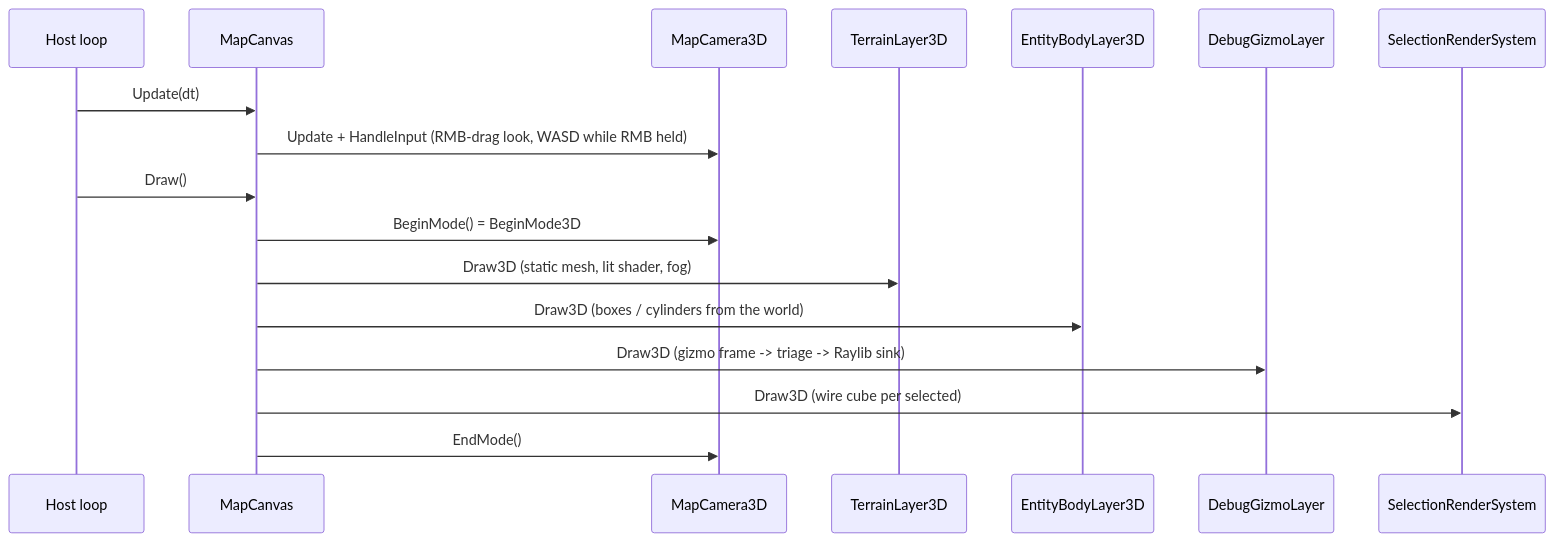
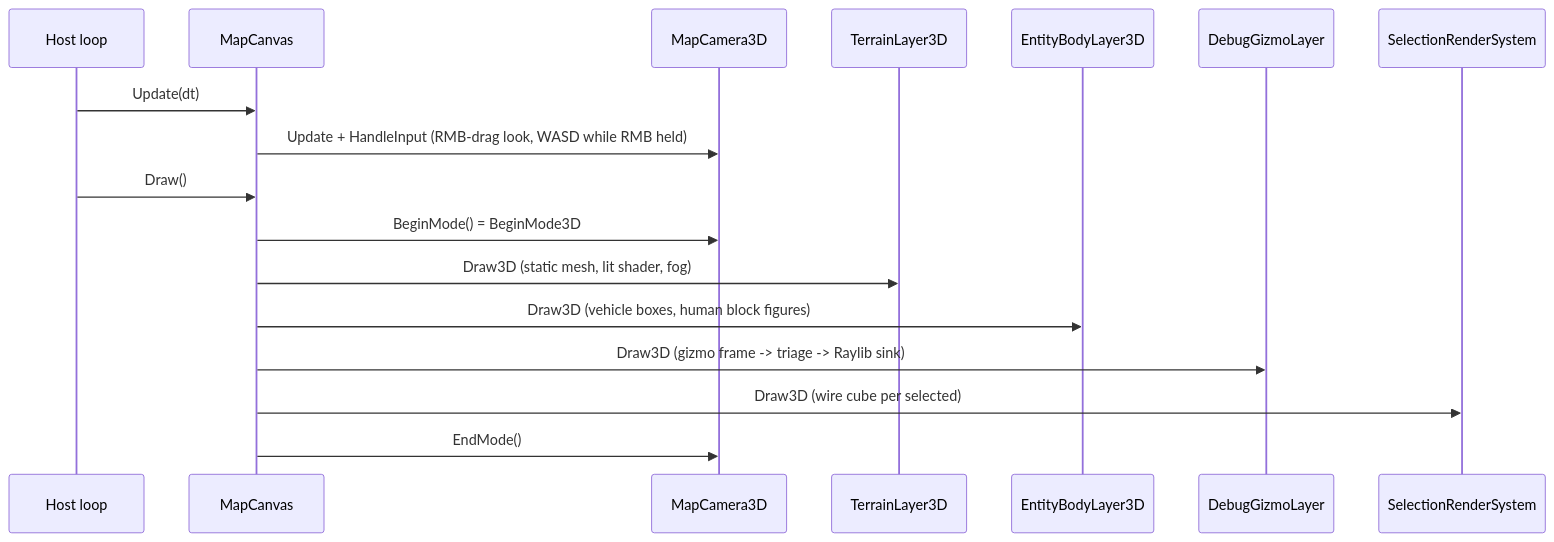
The third of 5 diagrams in docs/DESIGN_Map_3D_Mode.md (pjanec/HROT), drawn with Mermaid before and after one commit. The commit also changed other lines of this file and 1 other file, not shown here.

First line of the commit message:
design(CE-1033): 3-D map — humans as Minecraft-style block figures (U14)

````diff
--- a/docs/DESIGN_Map_3D_Mode.md
+++ b/docs/DESIGN_Map_3D_Mode.md
@@ -169,19 +176,19 @@
 ```mermaid
 sequenceDiagram
   participant H as Host loop
   participant C as MapCanvas
   participant K as MapCamera3D
   participant T as TerrainLayer3D
   participant E as EntityBodyLayer3D
   participant G as DebugGizmoLayer
   participant S as SelectionRenderSystem
   H->>C: Update(dt)
   C->>K: Update + HandleInput (RMB-drag look, WASD while RMB held)
   H->>C: Draw()
   C->>K: BeginMode() = BeginMode3D
   C->>T: Draw3D (static mesh, lit shader, fog)
-  C->>E: Draw3D (boxes / cylinders from the world)
+  C->>E: Draw3D (vehicle boxes, human block figures)
   C->>G: Draw3D (gizmo frame -> triage -> Raylib sink)
   C->>S: Draw3D (wire cube per selected)
   C->>K: EndMode()
 ```
````
